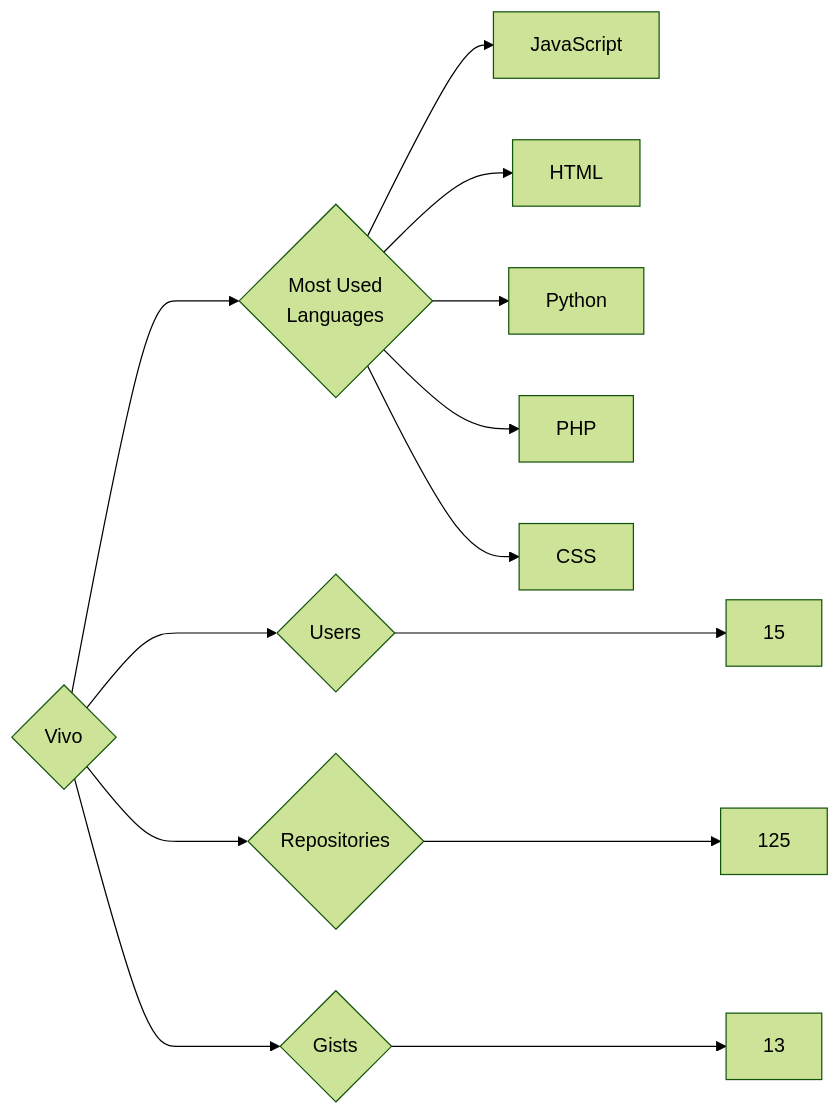
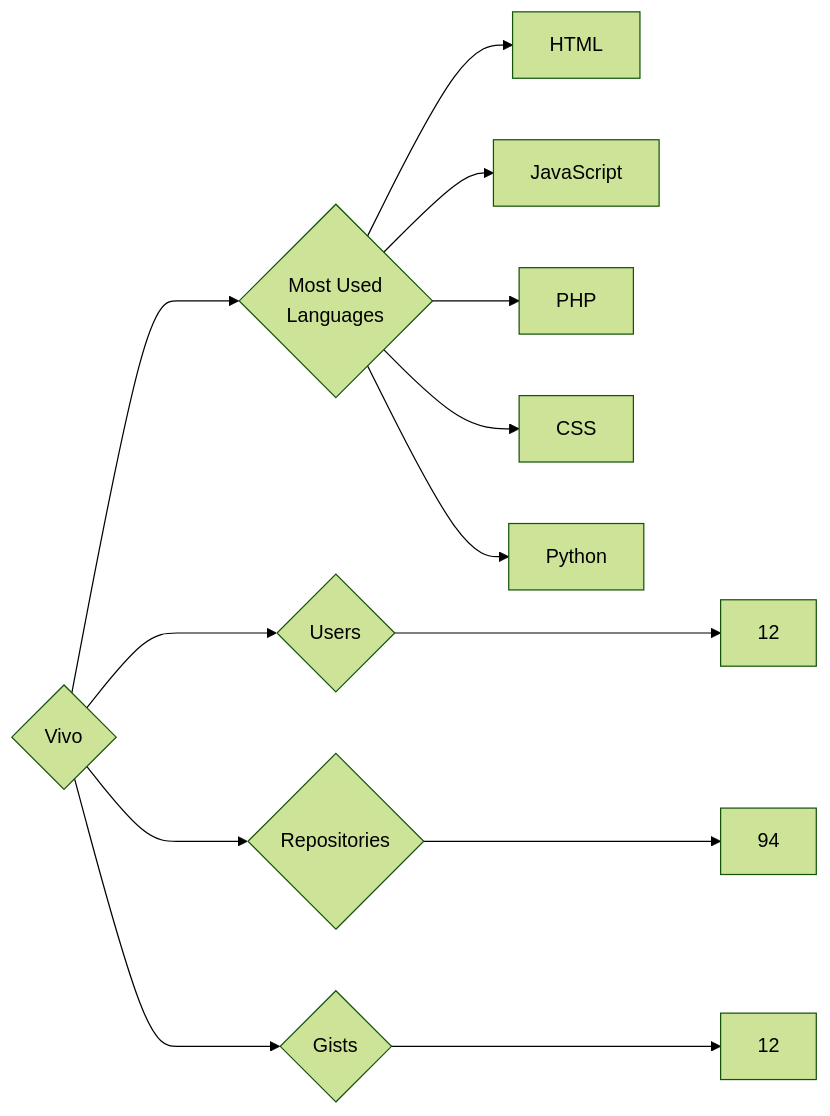
Before and after one commit to trickest/insiders: the diagram in targets/Vivo/README.md, drawn with Mermaid (forest theme). The commit also changed 787 other files, not shown here.

````diff
--- a/targets/Vivo/README.md
+++ b/targets/Vivo/README.md
@@ -3,13 +3,13 @@
 ```mermaid
 graph LR
 COMPANY_NAME{Vivo}
-COMPANY_NAME ---> U{Users} ---> UN[15]
-COMPANY_NAME ---> R{Repositories} ---> RN[125]
-COMPANY_NAME ---> G{Gists} ---> GN[13]
+COMPANY_NAME ---> U{Users} ---> UN[12]
+COMPANY_NAME ---> R{Repositories} ---> RN[94]
+COMPANY_NAME ---> G{Gists} ---> GN[12]
 COMPANY_NAME ---> ML{Most Used<br>Languages}
+ML --> HTML[HTML]
 ML --> JavaScript[JavaScript]
-ML --> HTML[HTML]
-ML --> Python[Python]
 ML --> PHP[PHP]
 ML --> CSS[CSS]
+ML --> Python[Python]
 ```
````
